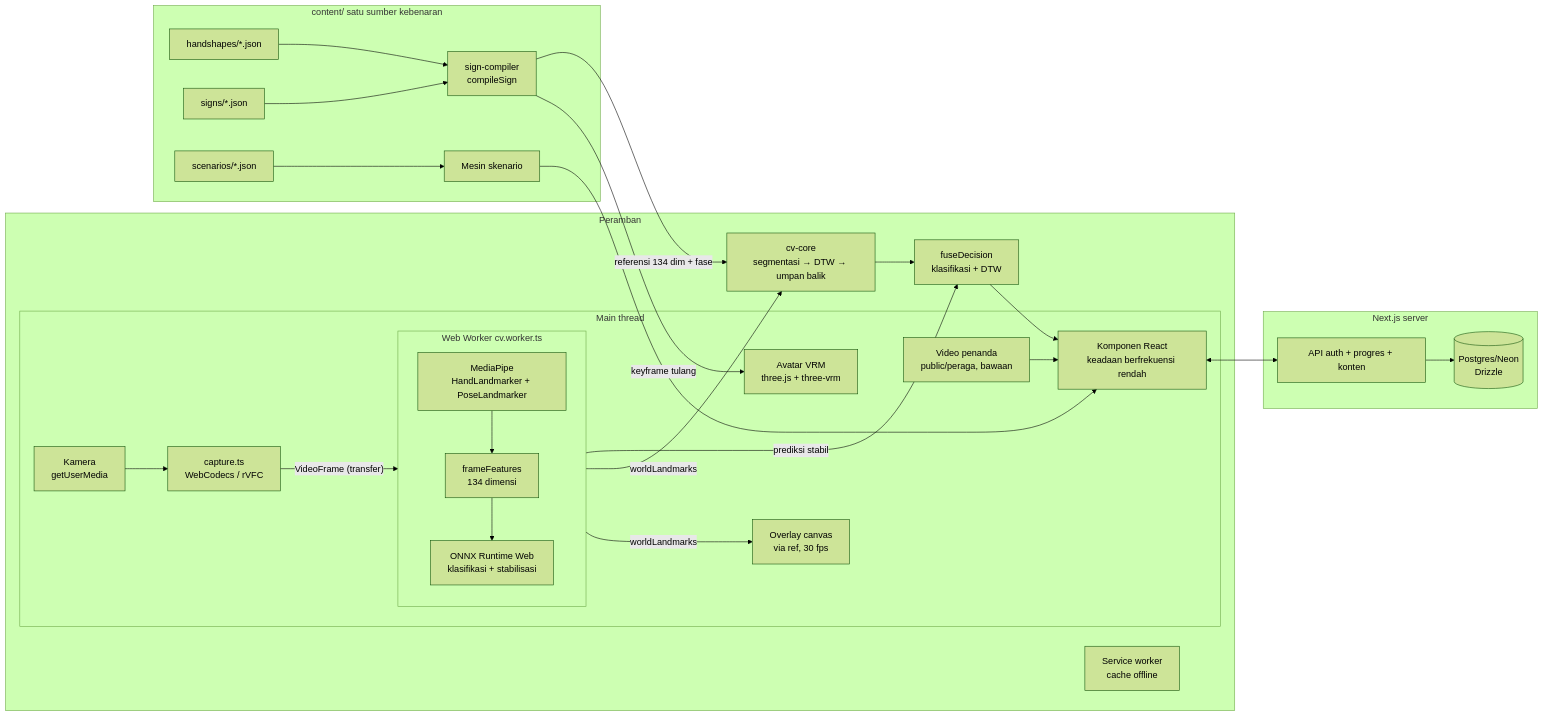
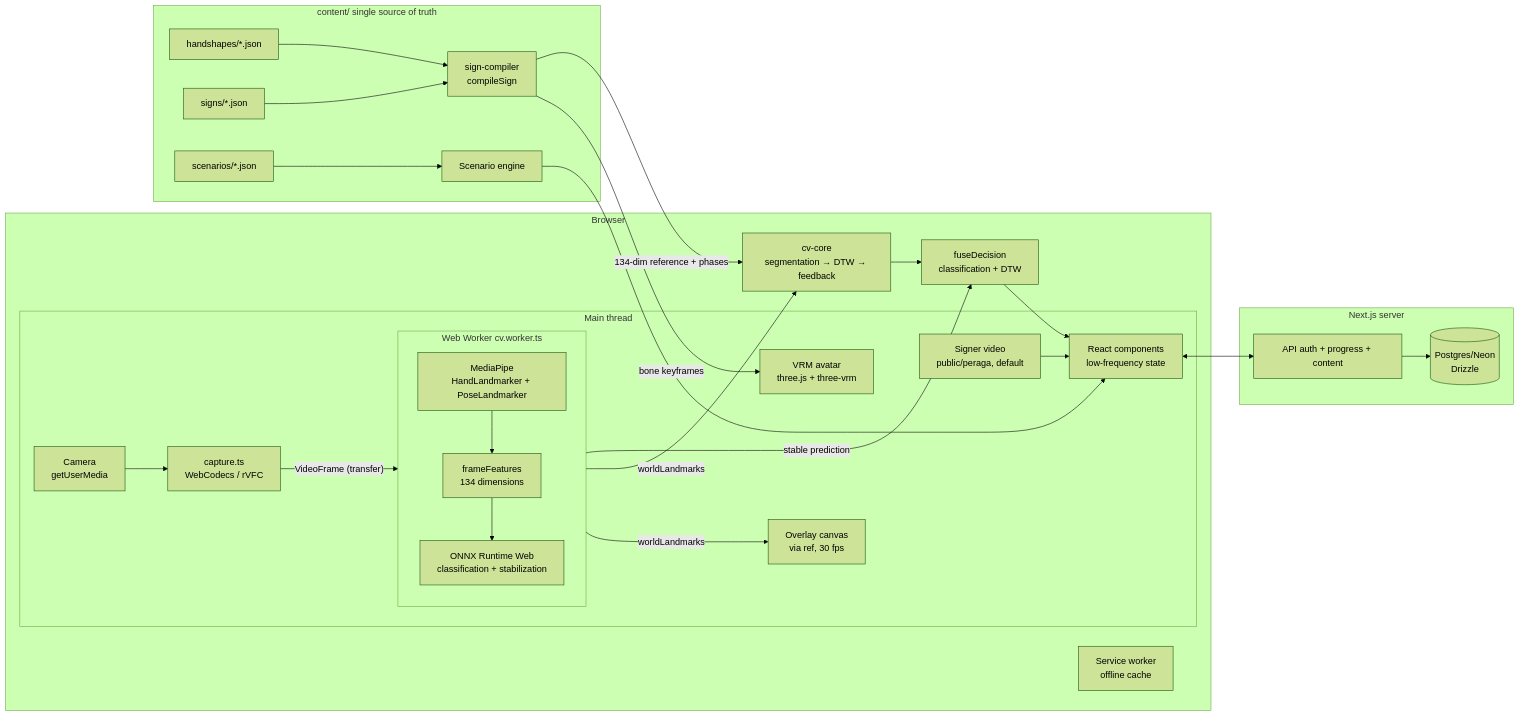
Before and after one commit to benditandayusaputra/lakon: the diagram in docs/architecture.md, drawn with Mermaid (forest theme). The commit also changed other lines of this file and 14 other files, not shown here.

````diff
--- a/docs/architecture.md
+++ b/docs/architecture.md
@@ -13,39 +13,39 @@
 ```mermaid
 flowchart LR
-  subgraph Peramban
+  subgraph Browser
     subgraph MainThread[Main thread]
-      CAM[Kamera\ngetUserMedia] --> CAP[capture.ts\nWebCodecs / rVFC]
+      CAM[Camera\ngetUserMedia] --> CAP[capture.ts\nWebCodecs / rVFC]
       CAP -- "VideoFrame (transfer)" --> W
       OVR[Overlay canvas\nvia ref, 30 fps]
-      UI[Komponen React\nkeadaan berfrekuensi rendah]
-      AVA[Avatar VRM\nthree.js + three-vrm]
-      VID[Video penanda\npublic/peraga, bawaan]
+      UI[React components\nlow-frequency state]
+      AVA[VRM avatar\nthree.js + three-vrm]
+      VID[Signer video\npublic/peraga, default]
     end
     subgraph W[Web Worker cv.worker.ts]
-      MP[MediaPipe\nHandLandmarker + PoseLandmarker] --> FEAT[frameFeatures\n134 dimensi]
-      FEAT --> ORT[ONNX Runtime Web\nklasifikasi + stabilisasi]
+      MP[MediaPipe\nHandLandmarker + PoseLandmarker] --> FEAT[frameFeatures\n134 dimensions]
+      FEAT --> ORT[ONNX Runtime Web\nclassification + stabilization]
     end
     W -- "worldLandmarks" --> OVR
-    W -- "worldLandmarks" --> VER[cv-core\nsegmentasi → DTW → umpan balik]
-    W -- "prediksi stabil" --> FUSE[fuseDecision\nklasifikasi + DTW]
+    W -- "worldLandmarks" --> VER[cv-core\nsegmentation → DTW → feedback]
+    W -- "stable prediction" --> FUSE[fuseDecision\nclassification + DTW]
     VER --> FUSE
     FUSE --> UI
-    SW[Service worker\ncache offline]
+    SW[Service worker\noffline cache]
   end
 
-  subgraph Konten[content/ satu sumber kebenaran]
+  subgraph Content[content/ single source of truth]
     HS[handshapes/*.json] --> COMP
     SG[signs/*.json] --> COMP[sign-compiler\ncompileSign]
-    SC[scenarios/*.json] --> ENG[Mesin skenario]
+    SC[scenarios/*.json] --> ENG[Scenario engine]
   end
 
-  COMP -- "keyframe tulang" --> AVA
-  COMP -- "referensi 134 dim + fase" --> VER
+  COMP -- "bone keyframes" --> AVA
+  COMP -- "134-dim reference + phases" --> VER
   ENG --> UI
 
   subgraph Server[Next.js server]
-    API[API auth + progres + konten] --> DB[(Postgres/Neon\nDrizzle)]
+    API[API auth + progress + content] --> DB[(Postgres/Neon\nDrizzle)]
   end
   UI <--> API
   VID --> UI
 ```
````
